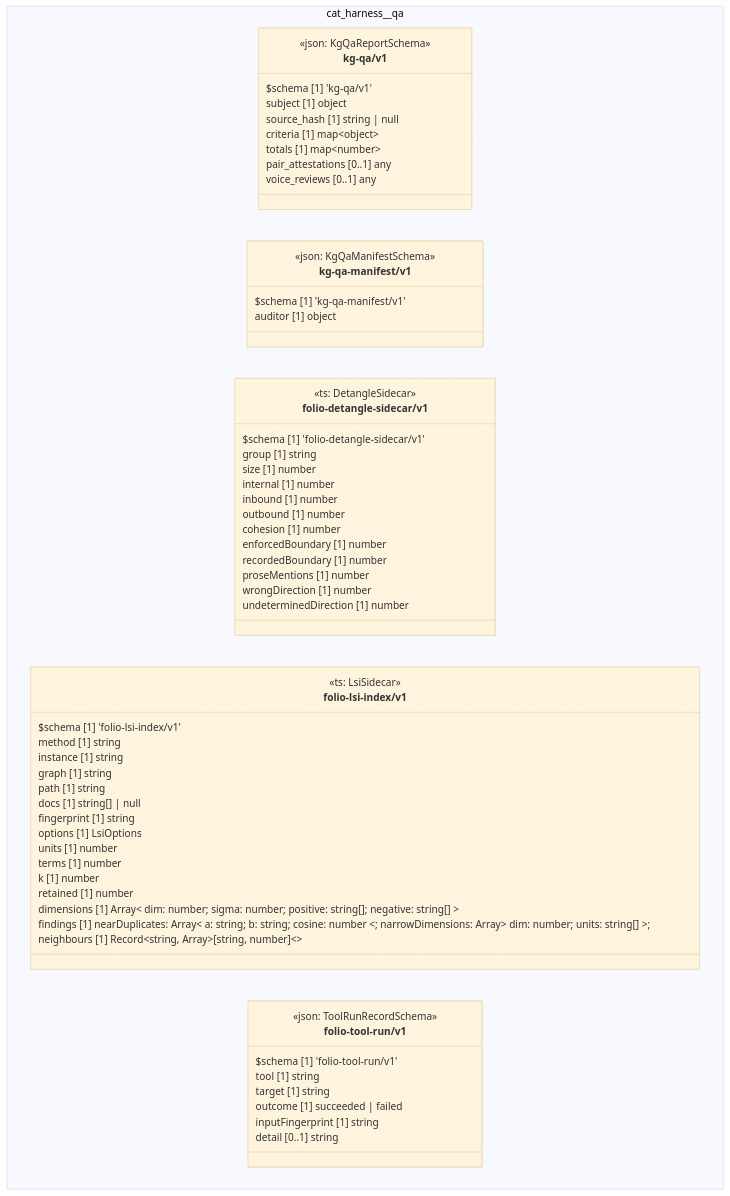
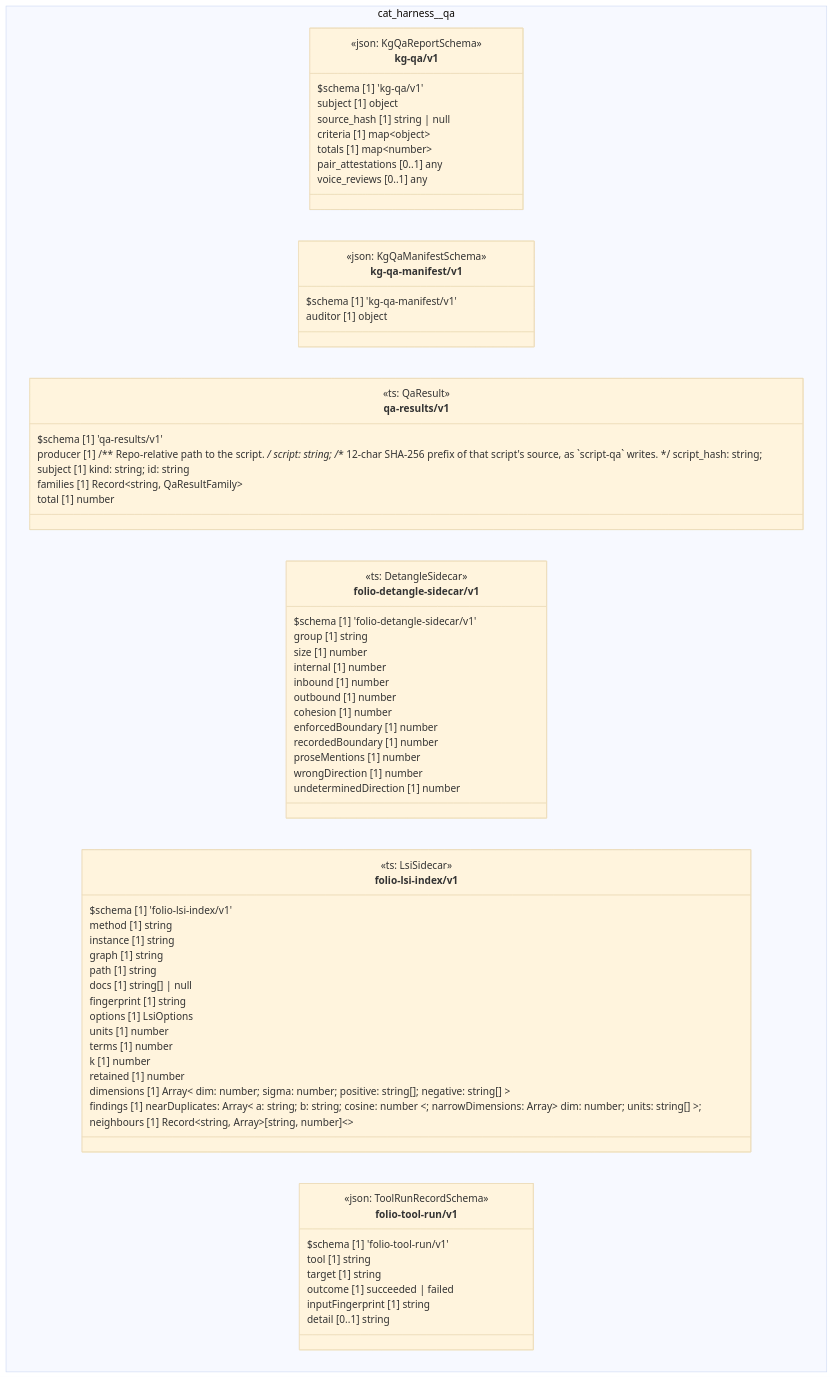
Before and after one commit to litlfred/folio-assistant: the diagram in cat-harness/docs/uml/overview/cat-harness/qa.md, drawn with Mermaid (base theme). The commit also changed other lines of this file and 9 other files, not shown here.

First line of the commit message:
regen: uml overview after kg:audit (hp54)

````diff
--- a/cat-harness/docs/uml/overview/cat-harness/qa.md
+++ b/cat-harness/docs/uml/overview/cat-harness/qa.md
@@ -42,68 +42,77 @@
 ```mermaid
 classDiagram
   direction TB
   namespace cat_harness__qa {
     class cat_harness_qa_kg_qa_v1_kg_qa_v1["kg-qa/v1"] {
       <<json: KgQaReportSchema>>
       $schema [1] 'kg-qa/v1'
       subject [1] object
       source_hash [1] string | null
       criteria [1] map~object~
       totals [1] map~number~
       pair_attestations [0..1] any
       voice_reviews [0..1] any
     }
     class cat_harness_qa_kg_qa_manifest_v1_kg_qa_manifest_v1["kg-qa-manifest/v1"] {
       <<json: KgQaManifestSchema>>
       $schema [1] 'kg-qa-manifest/v1'
       auditor [1] object
+    }
+    class cat_harness_qa_qa_results_v1["qa-results/v1"] {
+      <<ts: QaResult>>
+      $schema [1] 'qa-results/v1'
+      producer [1]  /** Repo-relative path to the script. */ script: string; /** 12-char SHA-256 prefix of that script's source, as `script-qa` writes. */ script_hash: string; 
+      subject [1]  kind: string; id: string 
+      families [1] Record~string, QaResultFamily~
+      total [1] number
     }
     class cat_harness_qa_folio_detangle_sidecar_v1["folio-detangle-sidecar/v1"] {
       <<ts: DetangleSidecar>>
       $schema [1] 'folio-detangle-sidecar/v1'
       group [1] string
       size [1] number
       internal [1] number
       inbound [1] number
       outbound [1] number
       cohesion [1] number
       enforcedBoundary [1] number
       recordedBoundary [1] number
       proseMentions [1] number
       wrongDirection [1] number
       undeterminedDirection [1] number
     }
     class cat_harness_qa_folio_lsi_index_v1["folio-lsi-index/v1"] {
       <<ts: LsiSidecar>>
       $schema [1] 'folio-lsi-index/v1'
       method [1] string
       instance [1] string
       graph [1] string
       path [1] string
       docs [1] string[] | null
       fingerprint [1] string
       options [1] LsiOptions
       units [1] number
       terms [1] number
       k [1] number
       retained [1] number
       dimensions [1] Array~ dim: number; sigma: number; positive: string[]; negative: string[] ~
       findings [1]  nearDuplicates: Array~ a: string; b: string; cosine: number ~; narrowDimensions: Array~ dim: number; units: string[] ~; 
       neighbours [1] Record~string, Array~[string, number]~~
     }
     class cat_harness_qa_folio_tool_run_v1_folio_tool_run_v1["folio-tool-run/v1"] {
       <<json: ToolRunRecordSchema>>
       $schema [1] 'folio-tool-run/v1'
       tool [1] string
       target [1] string
       outcome [1] succeeded | failed
       inputFingerprint [1] string
       detail [0..1] string
     }
   }
   cssClass "cat_harness_qa_kg_qa_v1_kg_qa_v1" fa_uml_kind_qa
   cssClass "cat_harness_qa_kg_qa_manifest_v1_kg_qa_manifest_v1" fa_uml_kind_qa
+  cssClass "cat_harness_qa_qa_results_v1" fa_uml_kind_qa
   cssClass "cat_harness_qa_folio_detangle_sidecar_v1" fa_uml_kind_qa
   cssClass "cat_harness_qa_folio_lsi_index_v1" fa_uml_kind_qa
   cssClass "cat_harness_qa_folio_tool_run_v1_folio_tool_run_v1" fa_uml_kind_qa
 ```
````
